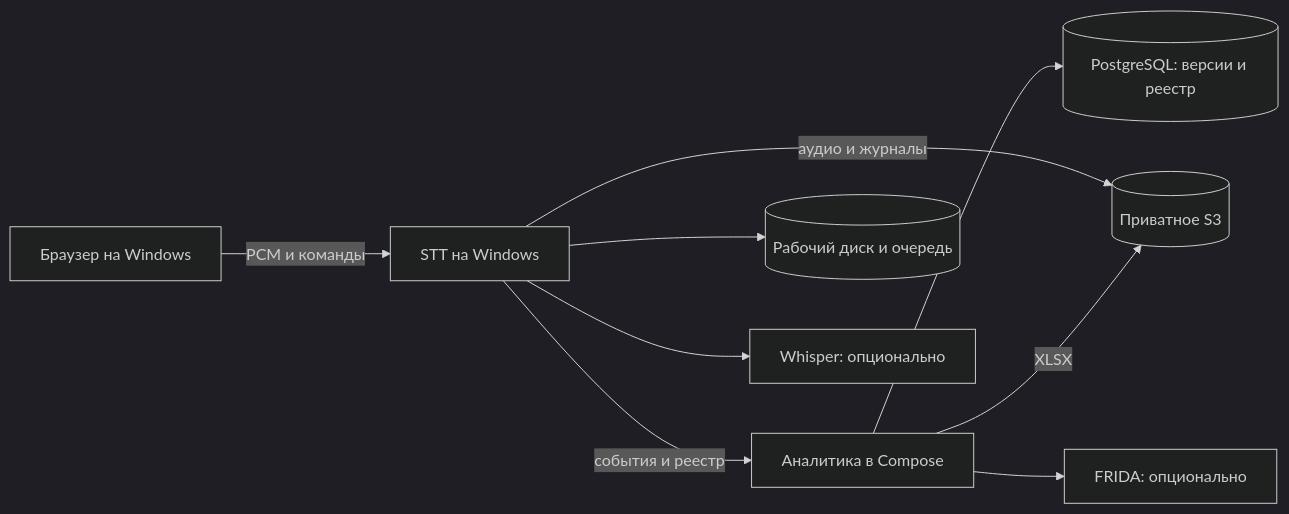
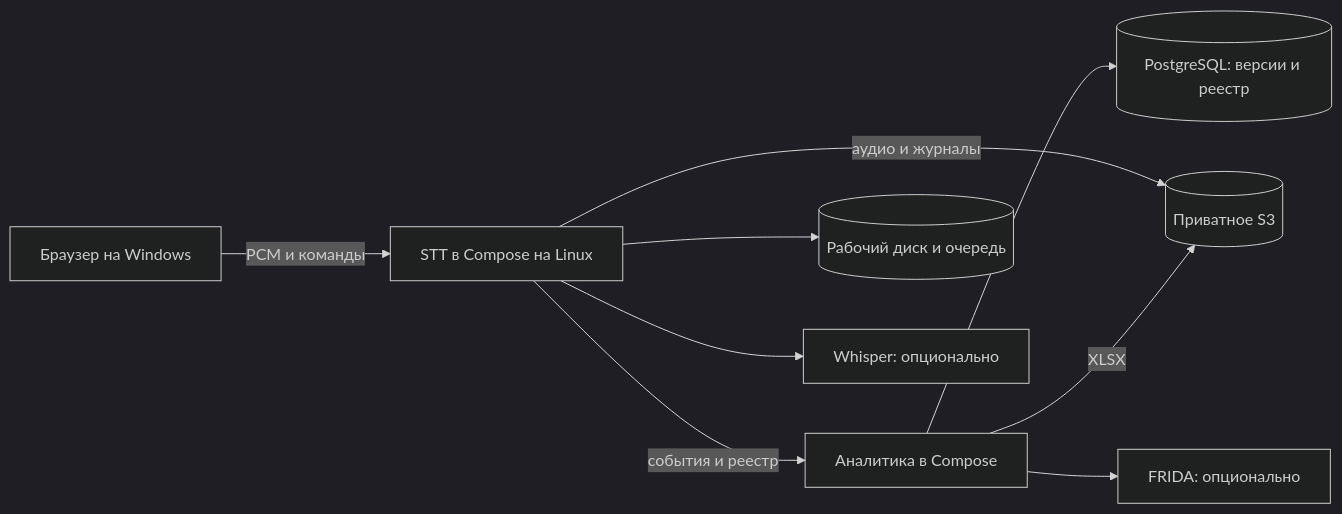
Before and after one commit to ArtemSorin/stt-platform: the diagram in README.md, drawn with Mermaid (dark theme). The commit also changed other lines of this file and 16 other files, not shown here.

Commit message:
Run STT with Linux models in Docker Compose

````diff
--- a/README.md
+++ b/README.md
@@ -16,11 +28,11 @@
 ```mermaid
 flowchart LR
-    Browser[Браузер на Windows] -->|PCM и команды| STT[STT на Windows]
+    Browser[Браузер на Windows] -->|PCM и команды| STT[STT в Compose на Linux]
     STT -->|события и реестр| Analytics[Аналитика в Compose]
     Analytics --> DB[(PostgreSQL: версии и реестр)]
     STT -->|аудио и журналы| S3[(Приватное S3)]
     Analytics -->|XLSX| S3
     STT --> Disk[(Рабочий диск и очередь)]
     STT --> Whisper[Whisper: опционально]
     Analytics --> FRIDA[FRIDA: опционально]
 ```
````
